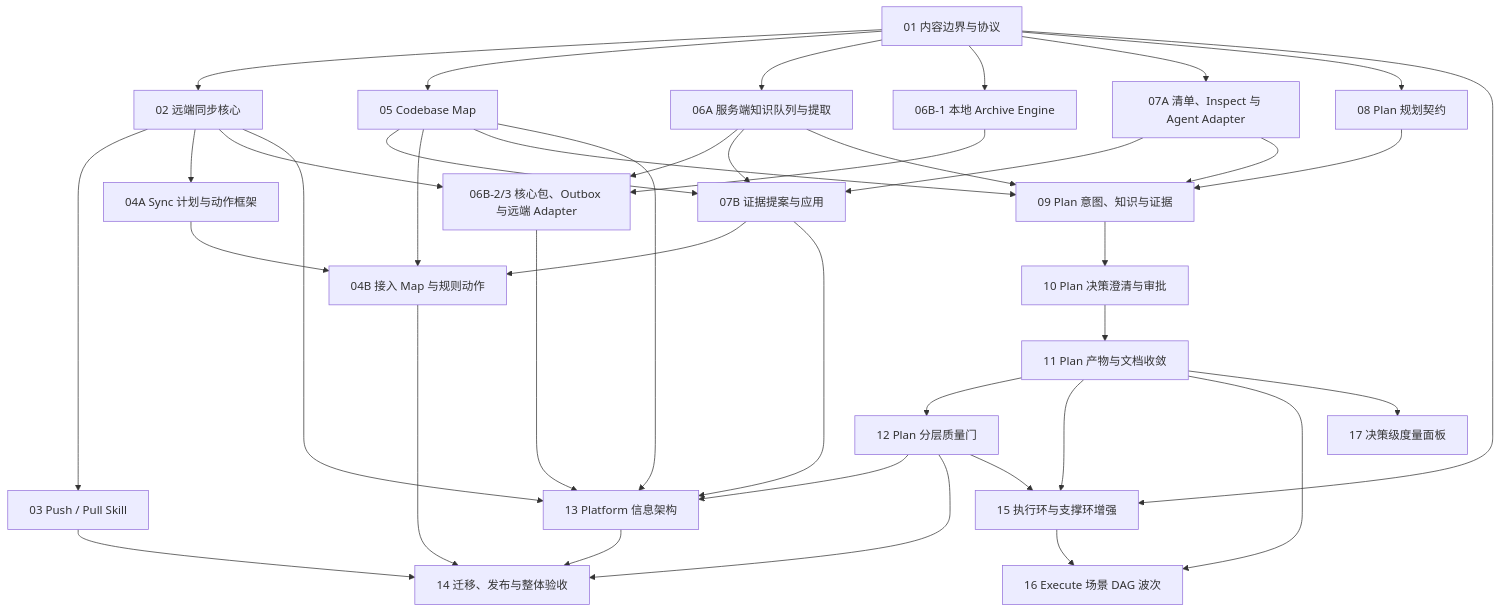
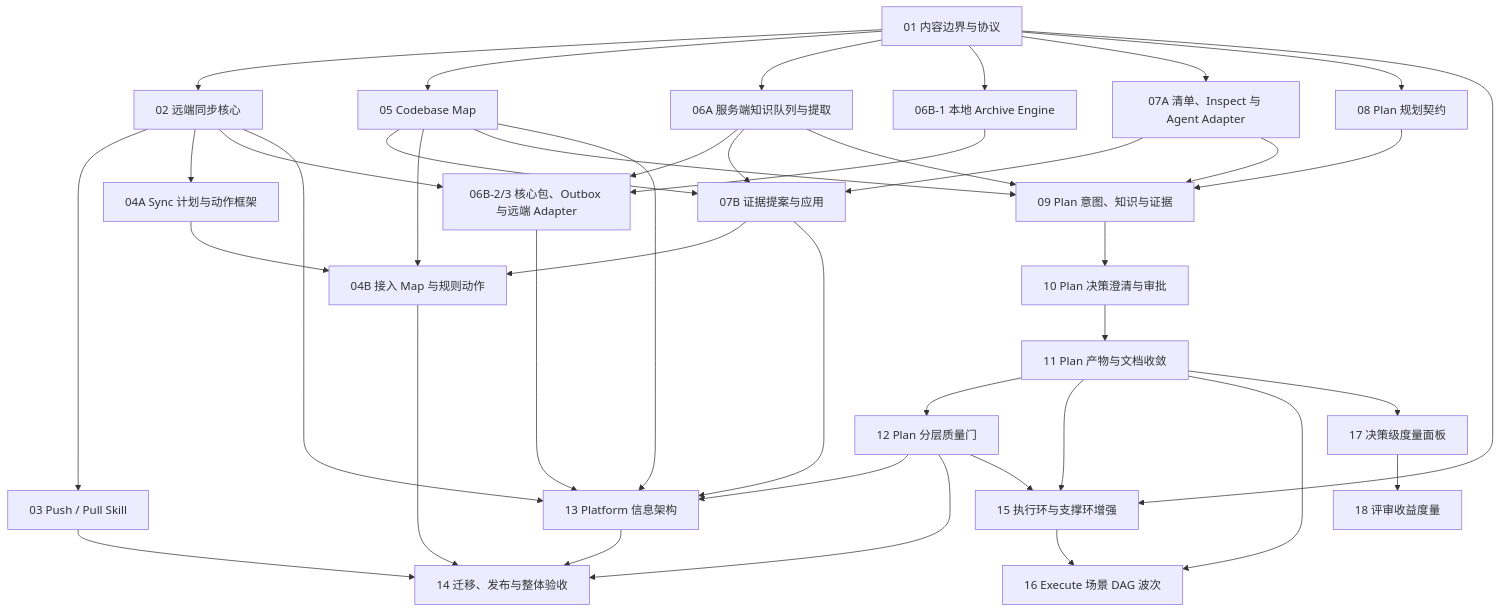
One commit to hunterzheng1/Hunter-Harness changed the diagram in docs/roadmap/README.md. Above: the diagram before and after it, drawn with Mermaid. The commit also changed other lines of this file and 4 other files, not shown here.

````diff
--- a/docs/roadmap/README.md
+++ b/docs/roadmap/README.md
@@ -19,45 +19,47 @@
 ```mermaid
 flowchart TD
     S01["01 内容边界与协议"] --> S02["02 远端同步核心"]
     S01 --> S05["05 Codebase Map"]
     S01 --> S06A["06A 服务端知识队列与提取"]
     S01 --> S06B1["06B-1 本地 Archive Engine"]
     S01 --> S07A["07A 清单、Inspect 与 Agent Adapter"]
     S01 --> S08["08 Plan 规划契约"]
     S02 --> S03["03 Push / Pull Skill"]
     S02 --> S04A["04A Sync 计划与动作框架"]
     S02 --> S06B23["06B-2/3 核心包、Outbox 与远端 Adapter"]
     S06A --> S06B23
     S06B1 --> S06B23
     S05 --> S07B["07B 证据提案与应用"]
     S06A --> S07B
     S07A --> S07B
     S04A --> S04B["04B 接入 Map 与规则动作"]
     S05 --> S04B
     S07B --> S04B
     S05 --> S09["09 Plan 意图、知识与证据"]
     S06A --> S09
     S07A --> S09
     S08 --> S09
     S09 --> S10["10 Plan 决策澄清与审批"]
     S10 --> S11["11 Plan 产物与文档收敛"]
     S11 --> S12["12 Plan 分层质量门"]
     S02 --> S13["13 Platform 信息架构"]
     S05 --> S13
     S06B23 --> S13
     S07B --> S13
     S12 --> S13
     S03 --> S14["14 迁移、发布与整体验收"]
     S04B --> S14
     S12 --> S14
     S13 --> S14
     S01 --> S15["15 执行环与支撑环增强"]
     S11 --> S15
     S12 --> S15
     S11 --> S16
     S15 --> S16
     S11 --> S17
+    S17 --> S18
 
     S16["16 Execute 场景 DAG 波次"]
     S17["17 决策级度量面板"]
+    S18["18 评审收益度量"]
 ```
````
